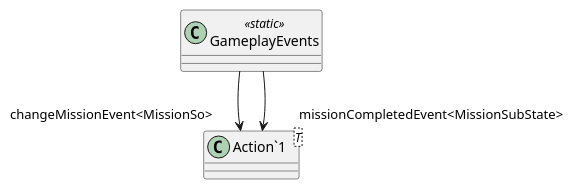
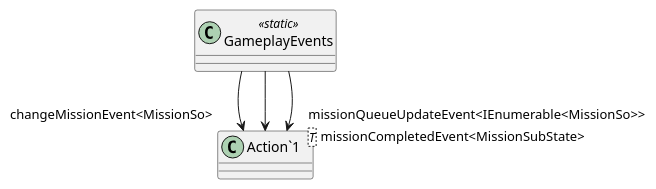
Before and after one commit to Ubus99/AVRO-Simulation: the diagram in Assets/Documentation/UML/Simulation/Scripts/GameplayEvents.puml, drawn with PlantUML. The commit also changed 57 other files, not shown here.

```diff
--- a/Assets/Documentation/UML/Simulation/Scripts/GameplayEvents.puml
+++ b/Assets/Documentation/UML/Simulation/Scripts/GameplayEvents.puml
@@ -1,8 +1,9 @@
 @startuml
 class GameplayEvents <<static>> {
 }
 class "Action`1"<T> {
 }
 GameplayEvents --> "changeMissionEvent<MissionSo>" "Action`1"
+GameplayEvents --> "missionQueueUpdateEvent<IEnumerable<MissionSo>>" "Action`1"
 GameplayEvents --> "missionCompletedEvent<MissionSubState>" "Action`1"
 @enduml
```
